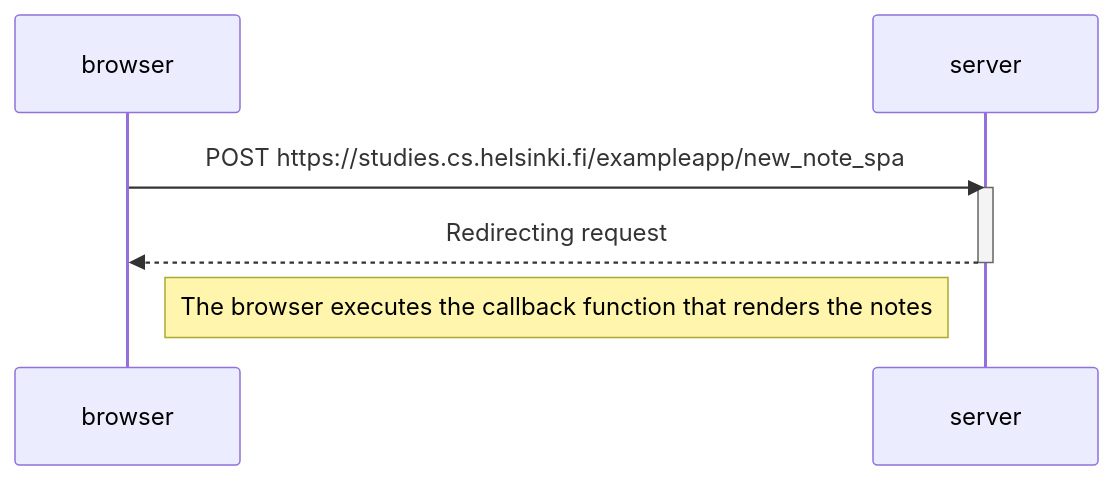
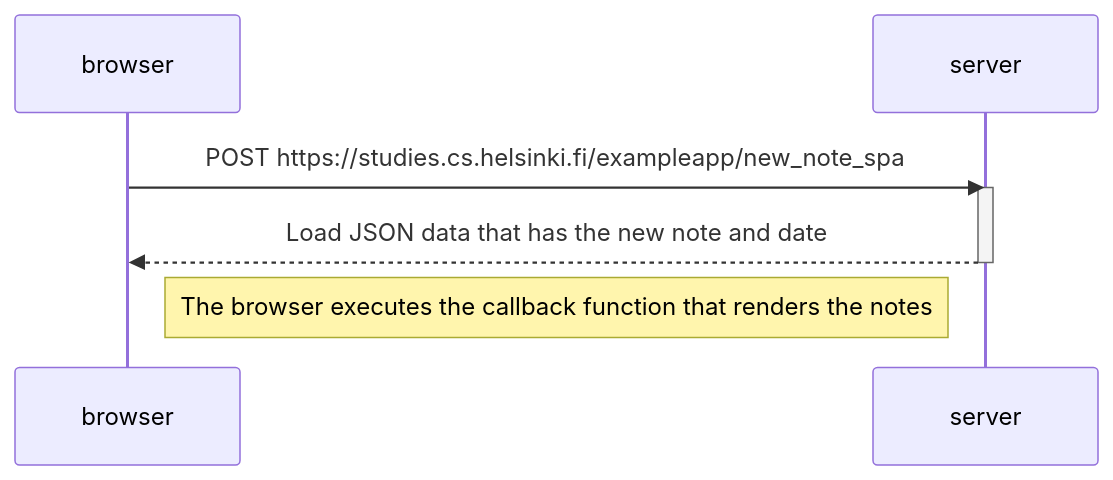
Before and after one commit to Viivip5/palautusrepositorio: the diagram in osa0/sekvenssikaavio_task6.md, drawn with Mermaid.

````diff
--- a/osa0/sekvenssikaavio_task6.md
+++ b/osa0/sekvenssikaavio_task6.md
@@ -1,12 +1,12 @@
 ```mermaid
 sequenceDiagram
 participant browser
 participant server
 
     browser->>server: POST https://studies.cs.helsinki.fi/exampleapp/new_note_spa
     activate server
-    server-->>browser: Redirecting request
+    server-->>browser: Load JSON data that has the new note and date
     deactivate server
 
-Note right of browser: The browser executes the callback function that renders the notes 
+    Note right of browser: The browser executes the callback function that renders the notes 
 ```
````
